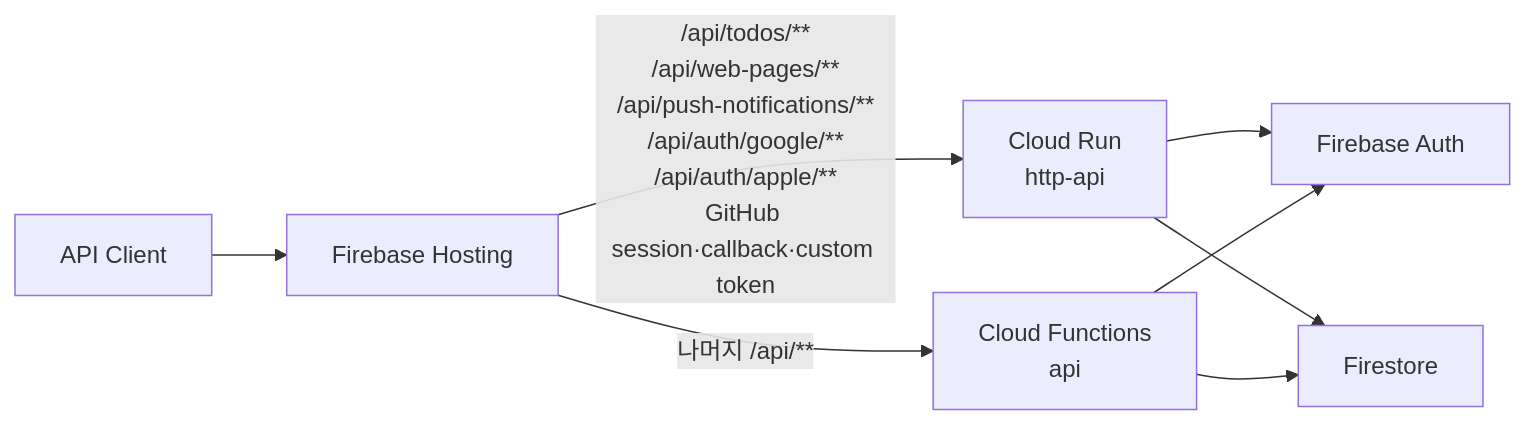
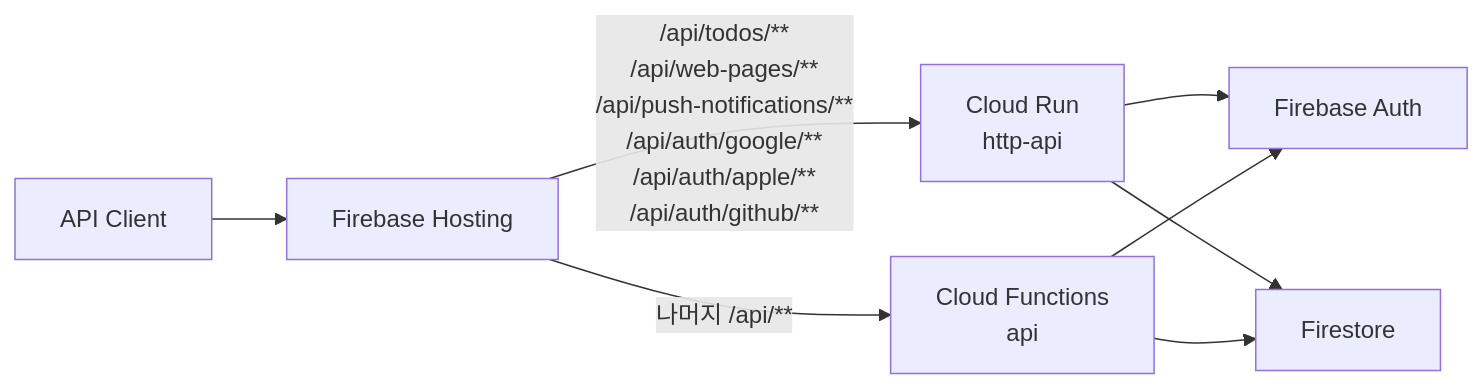
The first of 2 diagrams in README.md (opficdev/DevLog_Firebase), drawn with Mermaid before and after one commit. The commit also changed other lines of this file and 27 other files, not shown here.

First line of the commit message:
[#90] GitHub 계정 관리 API를 NestJS로 이전한다 (#97)

````diff
--- a/README.md
+++ b/README.md
@@ -17,10 +17,10 @@
 ```mermaid
 flowchart LR
 	Client["API Client"] --> Hosting["Firebase Hosting"]
-	Hosting -->|"/api/todos/**<br/>/api/web-pages/**<br/>/api/push-notifications/**<br/>/api/auth/google/**<br/>/api/auth/apple/**<br/>GitHub session·callback·custom token"| CloudRun["Cloud Run<br/>http-api"]
+	Hosting -->|"/api/todos/**<br/>/api/web-pages/**<br/>/api/push-notifications/**<br/>/api/auth/google/**<br/>/api/auth/apple/**<br/>/api/auth/github/**"| CloudRun["Cloud Run<br/>http-api"]
 	Hosting -->|"나머지 /api/**"| Functions["Cloud Functions<br/>api"]
 	CloudRun --> Auth["Firebase Auth"]
 	Functions --> Auth
 	CloudRun --> Firestore["Firestore"]
 	Functions --> Firestore
 ```
````
